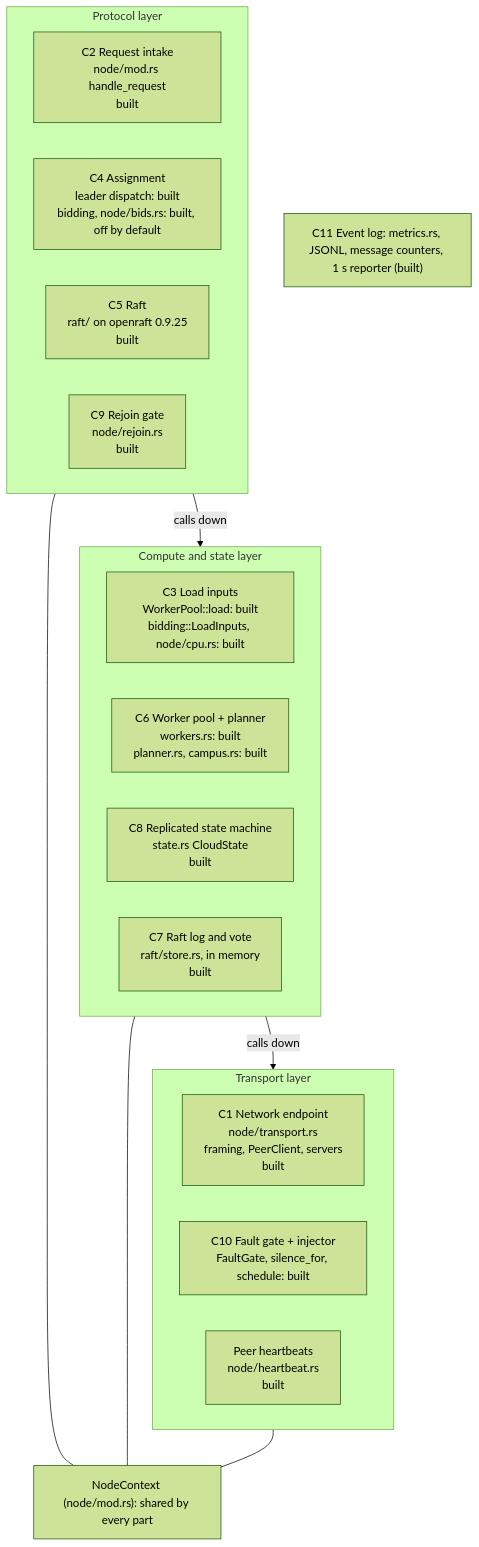
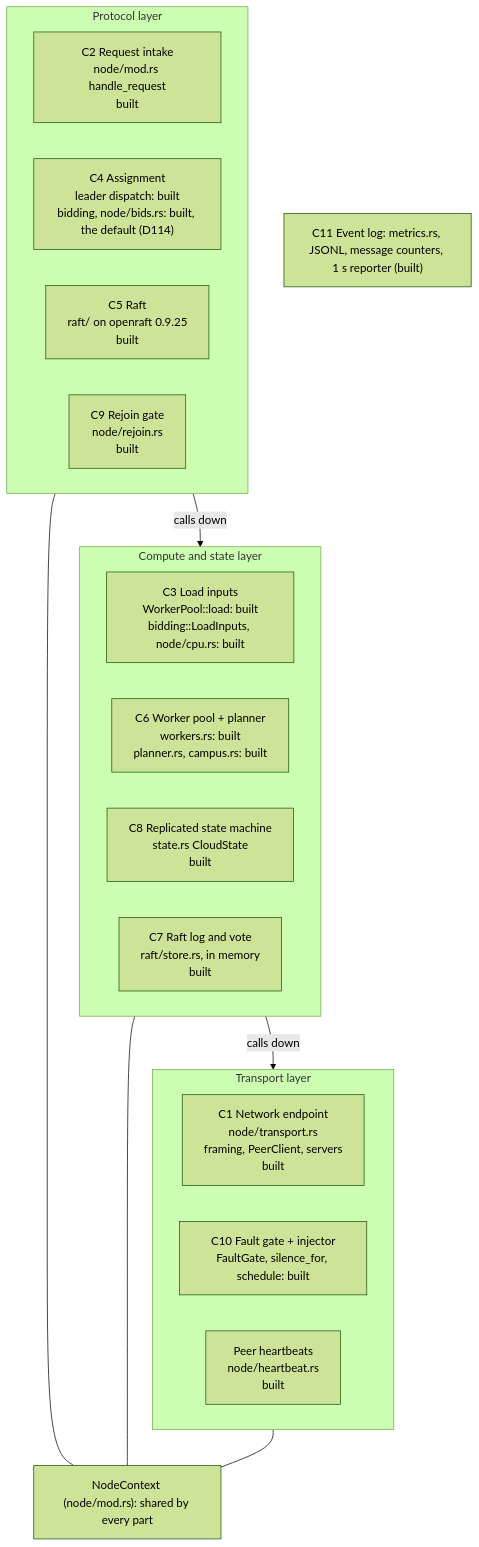
One commit to noortaytoy1/DistributedSystems changed the second of 31 diagrams in docs/architecture.md. Above: the diagram before and after it, drawn with Mermaid (forest theme). The commit also changed other lines of this file and 5 other files, not shown here.

````diff
--- a/docs/architecture.md
+++ b/docs/architecture.md
@@ -126,30 +131,30 @@
 ```mermaid
 flowchart TB
     subgraph TR["Transport layer"]
         direction LR
         C1["C1 Network endpoint<br/>node/transport.rs<br/>framing, PeerClient, servers<br/>built"]
         C10["C10 Fault gate + injector<br/>FaultGate, silence_for, schedule: built"]
         HB["Peer heartbeats<br/>node/heartbeat.rs<br/>built"]
     end
     subgraph PR["Protocol layer"]
         direction LR
         C2["C2 Request intake<br/>node/mod.rs handle_request<br/>built"]
-        C4["C4 Assignment<br/>leader dispatch: built<br/>bidding, node/bids.rs: built, off by default"]
+        C4["C4 Assignment<br/>leader dispatch: built<br/>bidding, node/bids.rs: built, the default (D114)"]
         C5["C5 Raft<br/>raft/ on openraft 0.9.25<br/>built"]
         C9["C9 Rejoin gate<br/>node/rejoin.rs<br/>built"]
     end
     subgraph CS["Compute and state layer"]
         direction LR
         C3["C3 Load inputs<br/>WorkerPool::load: built<br/>bidding::LoadInputs, node/cpu.rs: built"]
         C6["C6 Worker pool + planner<br/>workers.rs: built<br/>planner.rs, campus.rs: built"]
         C8["C8 Replicated state machine<br/>state.rs CloudState<br/>built"]
         C7["C7 Raft log and vote<br/>raft/store.rs, in memory<br/>built"]
     end
     C11["C11 Event log: metrics.rs, JSONL, message counters, 1 s reporter (built)"]
     CTX["NodeContext (node/mod.rs): shared by every part"]
     PR -->|calls down| CS
     CS -->|calls down| TR
     PR --- CTX
     CS --- CTX
     TR --- CTX
 ```
````
